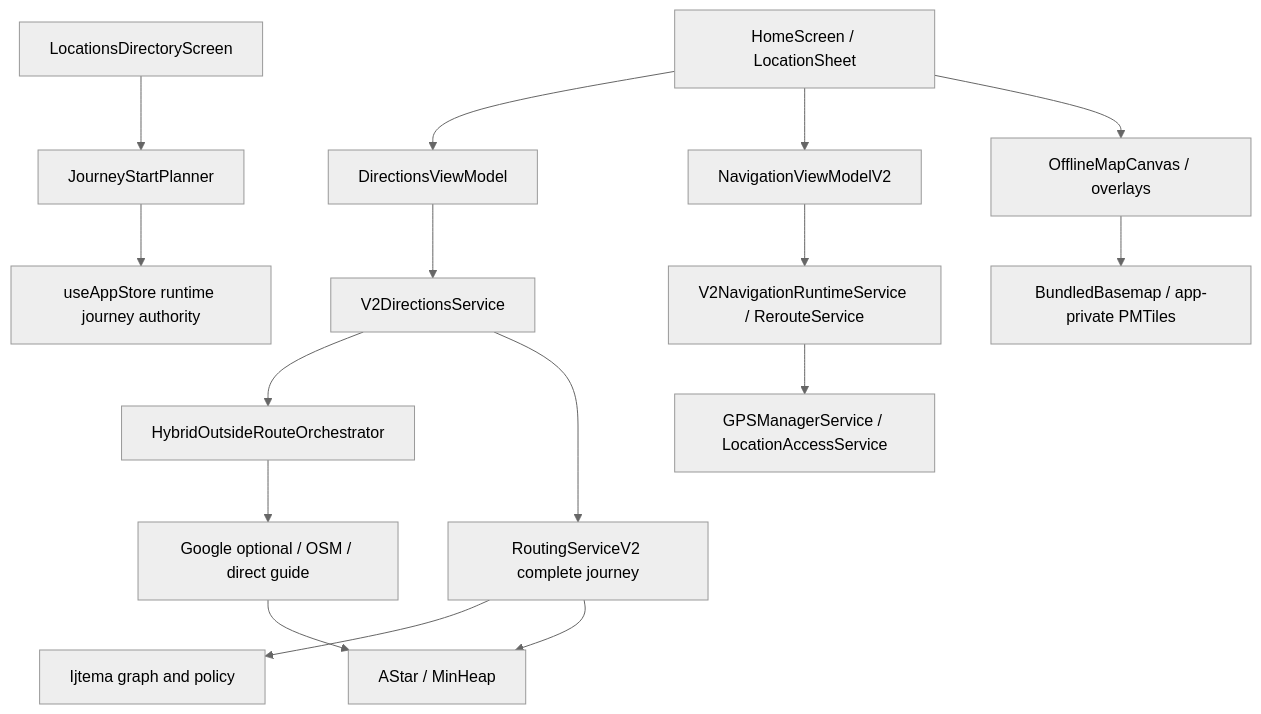
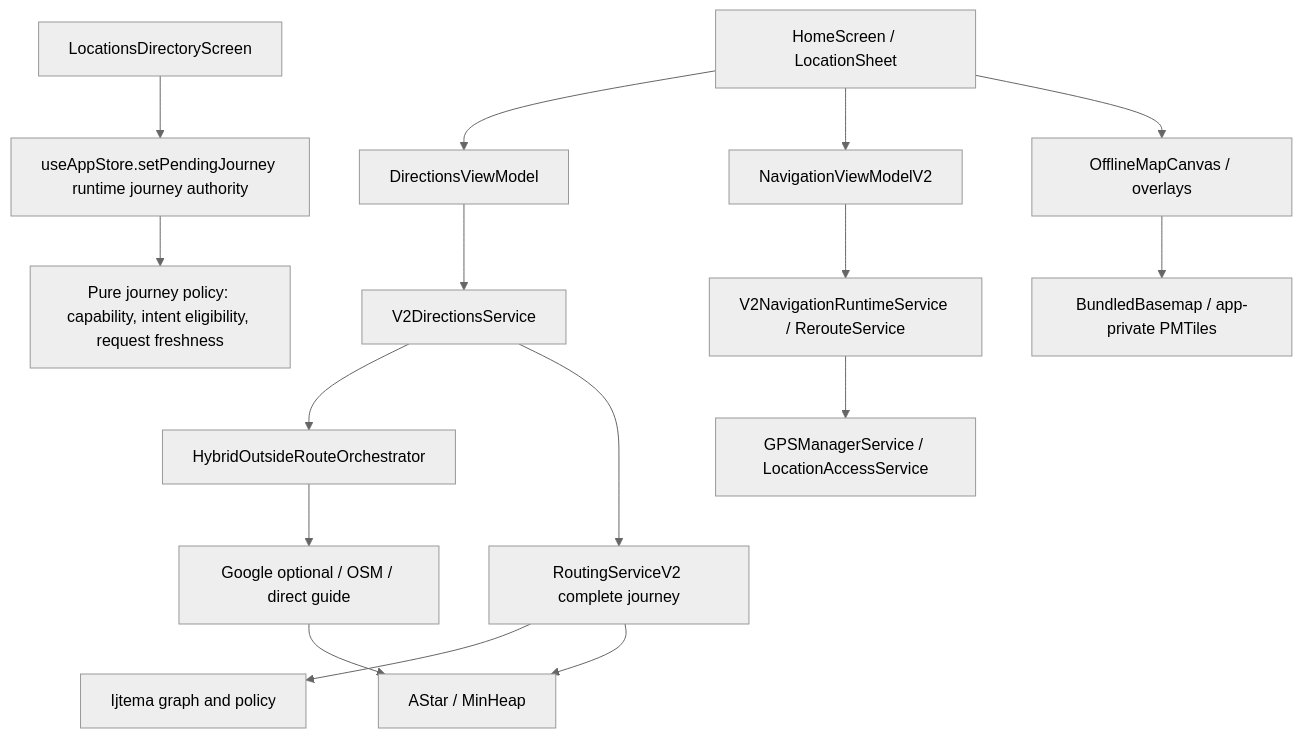
One commit to ghilmanITM360/offline-map changed the diagram in docs/sdk/ARCHITECTURE_RFC.md. Above: the diagram before and after it, drawn with Mermaid (neutral theme). The commit also changed 6 other files, not shown here.

Commit message:
docs+test(sdk): correct B2b journey-policy architecture (AUD-01) and pin behaviour

````diff
--- a/docs/sdk/ARCHITECTURE_RFC.md
+++ b/docs/sdk/ARCHITECTURE_RFC.md
@@ -25,18 +25,18 @@
 ```mermaid
 flowchart TD
-  Directory[LocationsDirectoryScreen] --> Planner[JourneyStartPlanner]
-  Planner --> Store[useAppStore runtime journey authority]
+  Directory[LocationsDirectoryScreen] --> Store[useAppStore.setPendingJourney runtime journey authority]
+  Store --> Policy[Pure journey policy: capability, intent eligibility, request freshness]
   Home[HomeScreen / LocationSheet] --> Directions[DirectionsViewModel]
   Directions --> Dispatch[V2DirectionsService]
   Dispatch --> Hybrid[HybridOutsideRouteOrchestrator]
   Hybrid --> Providers[Google optional / OSM / direct guide]
   Dispatch --> Routing[RoutingServiceV2 complete journey]
   Routing --> Graph[Ijtema graph and policy]
   Routing --> Algorithms[AStar / MinHeap]
   Providers --> Algorithms
   Home --> Live[NavigationViewModelV2]
   Live --> Runtime[V2NavigationRuntimeService / RerouteService]
   Runtime --> GPS[GPSManagerService / LocationAccessService]
   Home --> Canvas[OfflineMapCanvas / overlays]
   Canvas --> Basemap[BundledBasemap / app-private PMTiles]
 ```
````
